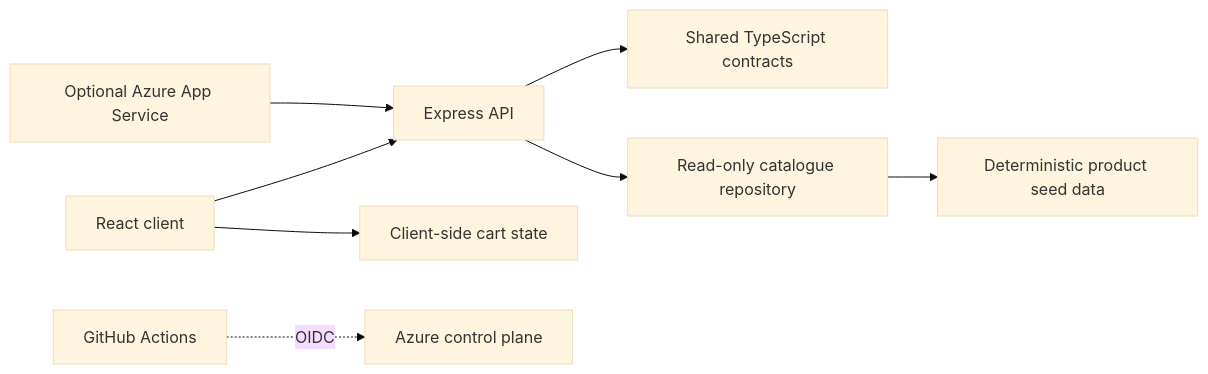
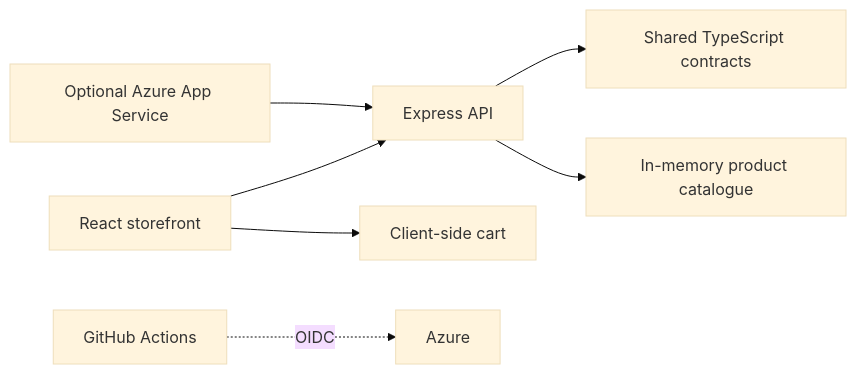
Before and after one commit to VeVarunSharma/build-days-agentic-sdlc: the diagram in DESIGN.md, drawn with Mermaid (base theme). The commit also changed other lines of this file and 5 other files, not shown here.

````diff
--- a/DESIGN.md
+++ b/DESIGN.md
@@ -52,10 +31,9 @@
 ```mermaid
 flowchart LR
-    Browser[React client] --> API[Express API]
+    Browser[React storefront] --> API[Express API]
     API --> Contract[Shared TypeScript contracts]
-    API --> Catalogue[Read-only catalogue repository]
-    Catalogue --> Seed[Deterministic product seed data]
-    Browser --> Cart[Client-side cart state]
+    API --> Catalogue[In-memory product catalogue]
+    Browser --> Cart[Client-side cart]
     AppService[Optional Azure App Service] --> API
-    Actions[GitHub Actions] -. OIDC .-> Azure[Azure control plane]
+    Actions[GitHub Actions] -. OIDC .-> Azure[Azure]
 ```
````
